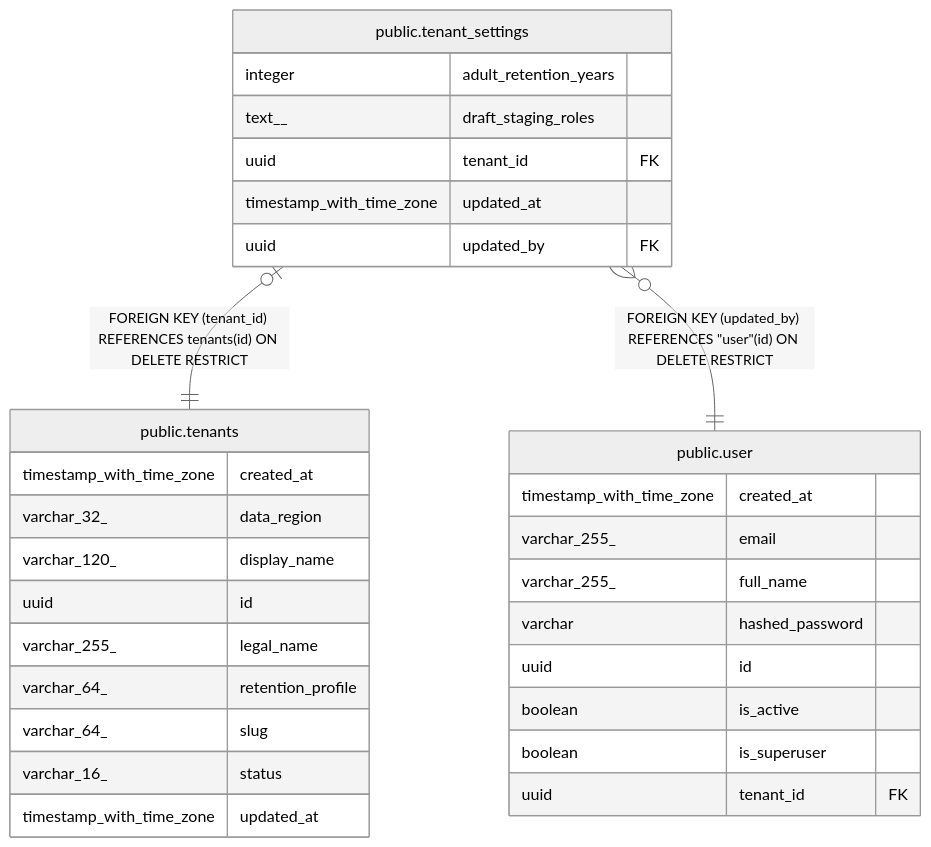
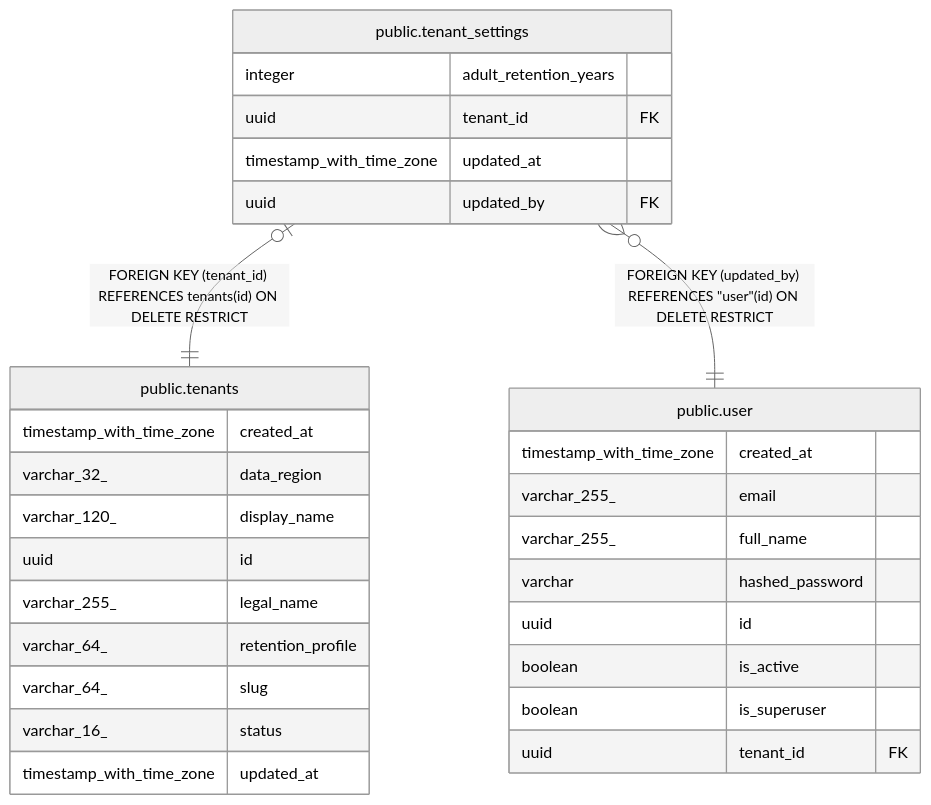
One commit to irajput215/clinic-os changed the diagram in docs/reference/schema/public.tenant_settings.md. Above: the diagram before and after it, drawn with Mermaid (neutral theme). The commit also changed other lines of this file and 19 other files, not shown here.

````diff
--- a/docs/reference/schema/public.tenant_settings.md
+++ b/docs/reference/schema/public.tenant_settings.md
@@ -37,35 +34,34 @@
 ```mermaid
 erDiagram
 
 "public.tenant_settings" |o--|| "public.tenants" : "FOREIGN KEY (tenant_id) REFERENCES tenants(id) ON DELETE RESTRICT"
 "public.tenant_settings" }o--|| "public.user" : "FOREIGN KEY (updated_by) REFERENCES #quot;user#quot;(id) ON DELETE RESTRICT"
 
 "public.tenant_settings" {
   integer adult_retention_years
-  text__ draft_staging_roles
   uuid tenant_id FK
   timestamp_with_time_zone updated_at
   uuid updated_by FK
 }
 "public.tenants" {
   timestamp_with_time_zone created_at
   varchar_32_ data_region
   varchar_120_ display_name
   uuid id
   varchar_255_ legal_name
   varchar_64_ retention_profile
   varchar_64_ slug
   varchar_16_ status
   timestamp_with_time_zone updated_at
 }
 "public.user" {
   timestamp_with_time_zone created_at
   varchar_255_ email
   varchar_255_ full_name
   varchar hashed_password
   uuid id
   boolean is_active
   boolean is_superuser
   uuid tenant_id FK
 }
 ```
````
